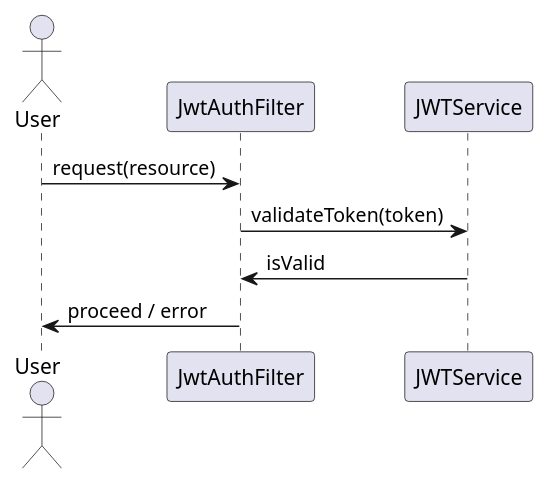
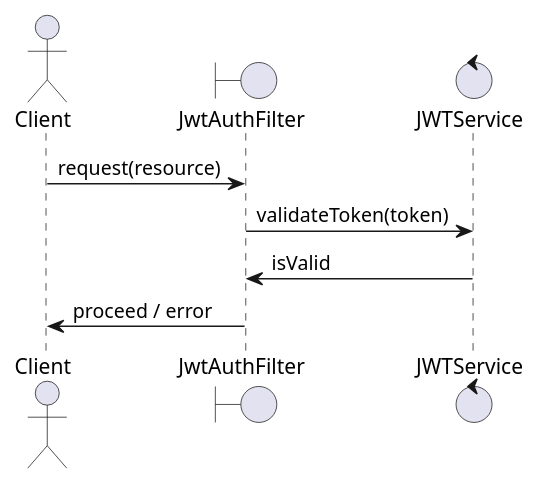
One commit to shreya-cn/autodev.ai changed the third of 6 diagrams in identityprovider/documentation/detaileddesign.adoc. Above: the diagram before and after it, drawn with PlantUML. The commit also changed other lines of this file and 3 other files, not shown here.

````diff
--- a/identityprovider/documentation/detaileddesign.adoc
+++ b/identityprovider/documentation/detaileddesign.adoc
@@ -298,13 +337,12 @@
-[plantuml, jwt-validation-flow, png]
-----
+```plantuml
 @startuml
-actor User
-participant JwtAuthFilter
-participant JWTService
+actor Client
+boundary JwtAuthFilter
+control JWTService
 
-User -> JwtAuthFilter : request(resource)
+Client -> JwtAuthFilter : request(resource)
 JwtAuthFilter -> JWTService : validateToken(token)
 JWTService -> JwtAuthFilter : isValid
-JwtAuthFilter -> User : proceed / error
+JwtAuthFilter -> Client : proceed / error
 @enduml
-----
+```
````
